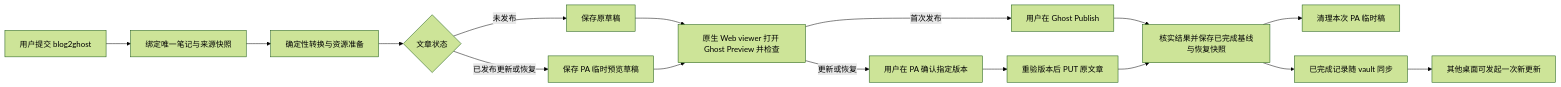
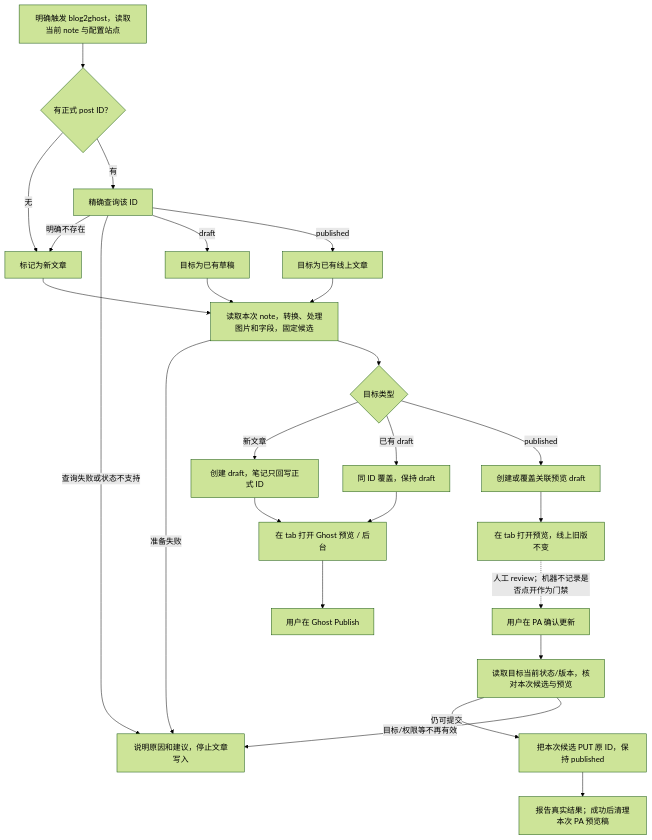
One commit to edonyzpc/personal-assistant changed the diagram in docs/development/ghost-blog-publishing-design.md. Above: the diagram before and after it, drawn with Mermaid (forest theme). The commit also changed other lines of this file and 66 other files, not shown here.

````diff
--- a/docs/development/ghost-blog-publishing-design.md
+++ b/docs/development/ghost-blog-publishing-design.md
@@ -52,18 +28,27 @@
 ```mermaid
-flowchart LR
-    A[用户提交 blog2ghost] --> B[绑定唯一笔记与来源快照]
-    B --> C[确定性转换与资源准备]
-    C --> D{文章状态}
-    D -->|未发布| E[保存原草稿]
-    D -->|已发布更新或恢复| F[保存 PA 临时预览草稿]
-    E --> G[原生 Web viewer 打开 Ghost Preview 并检查]
-    F --> G
-    G -->|首次发布| H[用户在 Ghost Publish]
-    G -->|更新或恢复| I[用户在 PA 确认指定版本]
-    I --> J[重验版本后 PUT 原文章]
-    H --> K[核实结果并保存已完成基线与恢复快照]
-    J --> K
-    K --> L[清理本次 PA 临时稿]
-    K --> M[已完成记录随 vault 同步]
-    M --> N[其他桌面可发起一次新更新]
+flowchart TD
+    A["明确触发 blog2ghost，读取当前 note 与配置站点"] --> B{"有正式 post ID？"}
+    B -->|无| C["标记为新文章"]
+    B -->|有| D["精确查询该 ID"]
+    D -->|明确不存在| C
+    D -->|查询失败或状态不支持| E["说明原因和建议，停止文章写入"]
+    D -->|draft| F["目标为已有草稿"]
+    D -->|published| G["目标为已有线上文章"]
+    C --> H["读取本次 note，转换、处理图片和字段，固定候选"]
+    F --> H
+    G --> H
+    H -->|准备失败| E
+    H --> I{"目标类型"}
+    I -->|新文章| J["创建 draft，笔记只回写正式 ID"]
+    I -->|已有 draft| K["同 ID 覆盖，保持 draft"]
+    I -->|published| L["创建或覆盖关联预览 draft"]
+    J --> M["在 tab 打开 Ghost 预览 / 后台"]
+    K --> M
+    M --> N["用户在 Ghost Publish"]
+    L --> O["在 tab 打开预览，线上旧版不变"]
+    O -. "人工 review；机器不记录是否点开作为门禁" .-> P["用户在 PA 确认更新"]
+    P --> Q["读取目标当前状态/版本，核对本次候选与预览"]
+    Q -->|仍可提交| R["把本次候选 PUT 原 ID，保持 published"]
+    Q -->|目标/权限等不再有效| E
+    R --> S["报告真实结果；成功后清理本次 PA 预览稿"]
 ```
````
